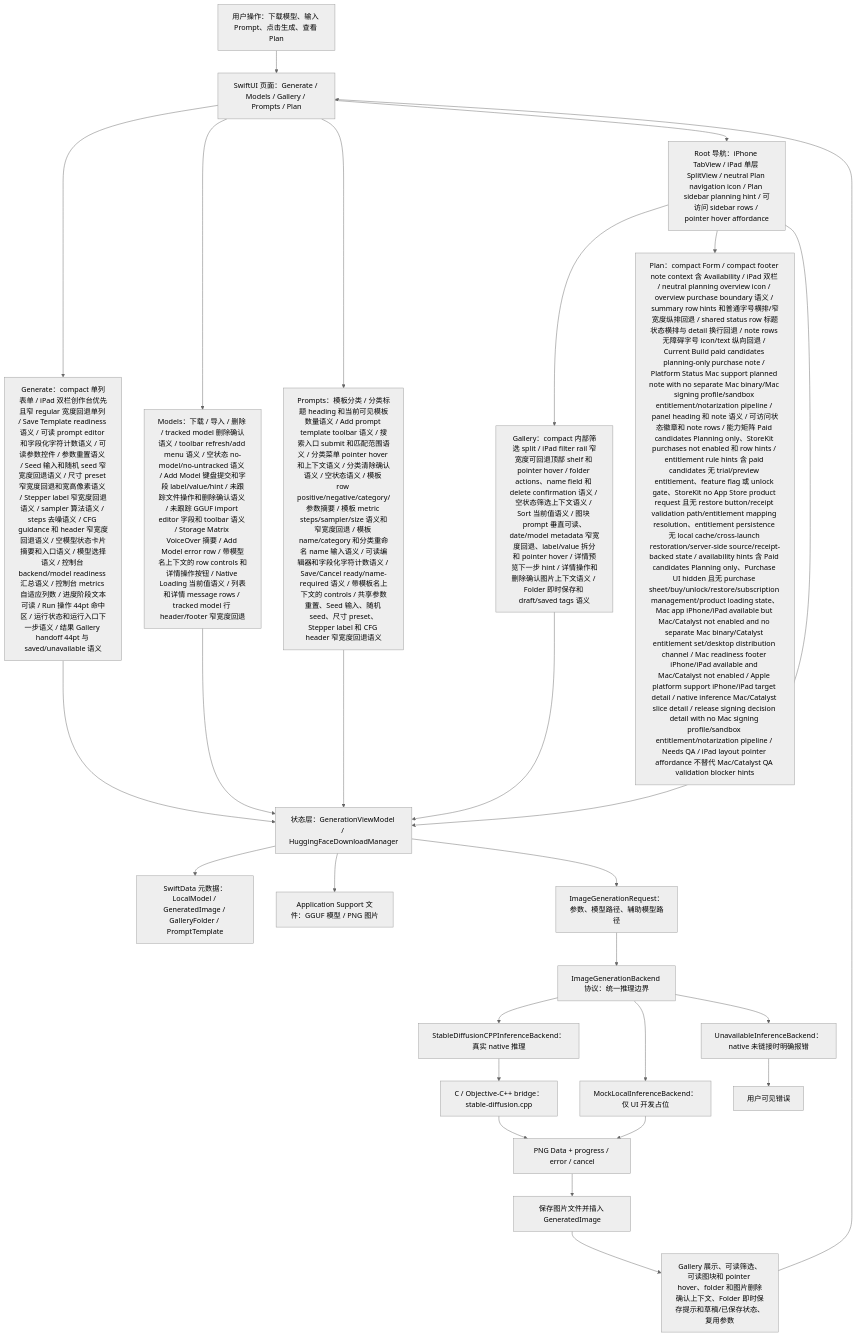
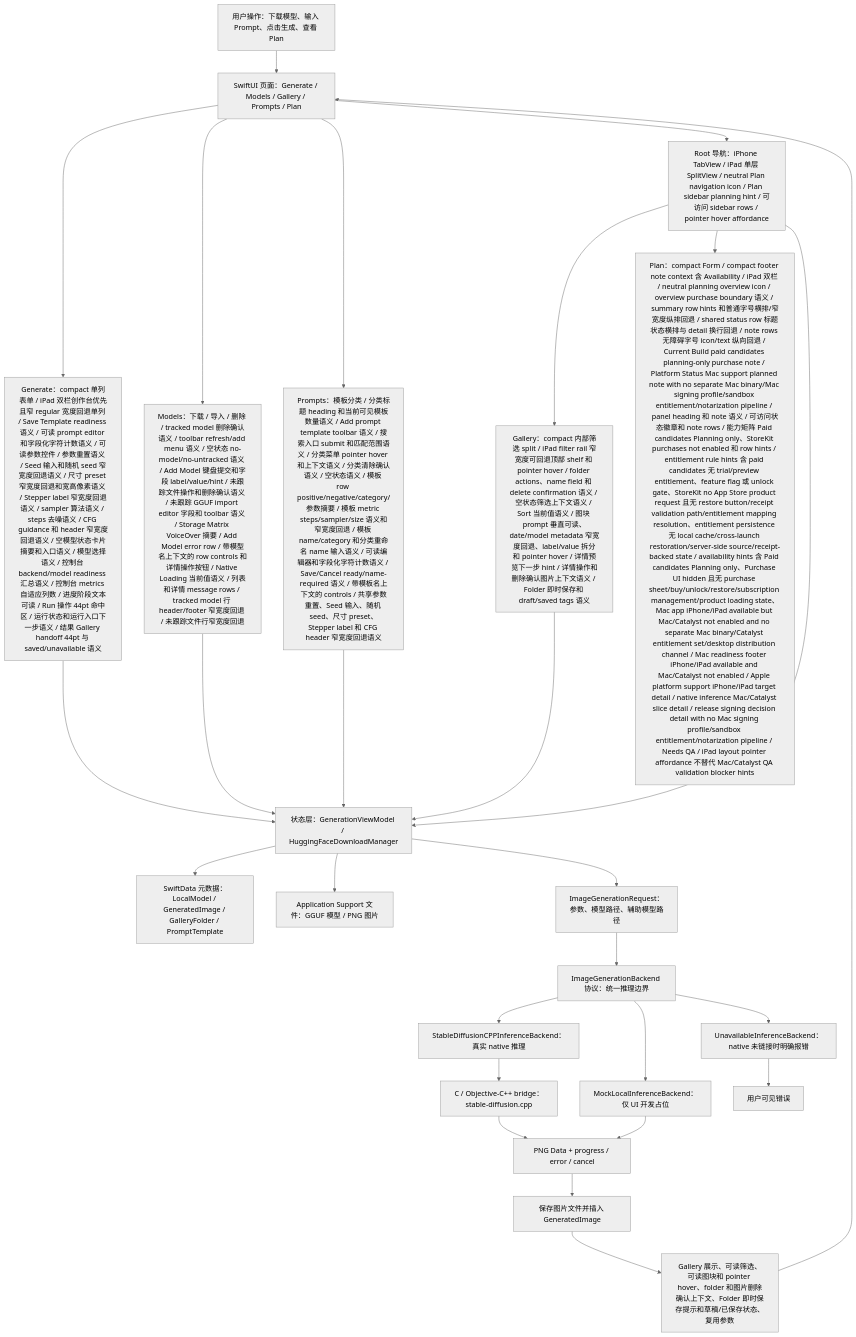
One commit to Altman-sam114/118 changed the first of 7 diagrams in md/flow/flowchart.md. Above: the diagram before and after it, drawn with Mermaid (neutral theme). The commit also changed 5 other files, not shown here.

First line of the commit message:
v1.138: Untracked model row fallback

````diff
--- a/md/flow/flowchart.md
+++ b/md/flow/flowchart.md
@@ -9,29 +9,29 @@
 ```mermaid
 flowchart TD
   U["用户操作：下载模型、输入 Prompt、点击生成、查看 Plan"] --> UI["SwiftUI 页面：Generate / Models / Gallery / Prompts / Plan"]
   UI --> GENUI["Generate：compact 单列表单 / iPad 双栏创作台优先且窄 regular 宽度回退单列 / Save Template readiness 语义 / 可读 prompt editor 和字段化字符计数语义 / 可读参数控件 / 参数重置语义 / Seed 输入和随机 seed 窄宽度回退语义 / 尺寸 preset 窄宽度回退和宽高像素语义 / Stepper label 窄宽度回退语义 / sampler 算法语义 / steps 去噪语义 / CFG guidance 和 header 窄宽度回退语义 / 空模型状态卡片摘要和入口语义 / 模型选择语义 / 控制台 backend/model readiness 汇总语义 / 控制台 metrics 自适应列数 / 进度阶段文本可读 / Run 操作 44pt 命中区 / 运行状态和运行入口下一步语义 / 结果 Gallery handoff 44pt 与 saved/unavailable 语义"]
-  UI --> MODELUI["Models：下载 / 导入 / 删除 / tracked model 删除确认语义 / toolbar refresh/add menu 语义 / 空状态 no-model/no-untracked 语义 / Add Model 键盘提交和字段 label/value/hint / 未跟踪文件操作和删除确认语义 / 未跟踪 GGUF import editor 字段和 toolbar 语义 / Storage Matrix VoiceOver 摘要 / Add Model error row / 带模型名上下文的 row controls 和详情操作按钮 / Native Loading 当前值语义 / 列表和详情 message rows / tracked model 行 header/footer 窄宽度回退"]
+  UI --> MODELUI["Models：下载 / 导入 / 删除 / tracked model 删除确认语义 / toolbar refresh/add menu 语义 / 空状态 no-model/no-untracked 语义 / Add Model 键盘提交和字段 label/value/hint / 未跟踪文件操作和删除确认语义 / 未跟踪 GGUF import editor 字段和 toolbar 语义 / Storage Matrix VoiceOver 摘要 / Add Model error row / 带模型名上下文的 row controls 和详情操作按钮 / Native Loading 当前值语义 / 列表和详情 message rows / tracked model 行 header/footer 窄宽度回退 / 未跟踪文件行窄宽度回退"]
   UI --> PROMPTUI["Prompts：模板分类 / 分类标题 heading 和当前可见模板数量语义 / Add prompt template toolbar 语义 / 搜索入口 submit 和匹配范围语义 / 分类菜单 pointer hover 和上下文语义 / 分类清除确认语义 / 空状态语义 / 模板 row positive/negative/category/参数摘要 / 模板 metric steps/sampler/size 语义和窄宽度回退 / 模板 name/category 和分类重命名 name 输入语义 / 可读编辑器和字段化字符计数语义 / Save/Cancel ready/name-required 语义 / 带模板名上下文的 controls / 共享参数重置、Seed 输入、随机 seed、尺寸 preset、Stepper label 和 CFG header 窄宽度回退语义"]
   UI --> NAV["Root 导航：iPhone TabView / iPad 单层 SplitView / neutral Plan navigation icon / Plan sidebar planning hint / 可访问 sidebar rows / pointer hover affordance"]
   NAV --> GALUI["Gallery：compact 内部筛选 split / iPad filter rail 窄宽度可回退顶部 shelf 和 pointer hover / folder actions、name field 和 delete confirmation 语义 / 空状态筛选上下文语义 / Sort 当前值语义 / 图块 prompt 垂直可读、date/model metadata 窄宽度回退、label/value 拆分和 pointer hover / 详情预览下一步 hint / 详情操作和删除确认图片上下文语义 / Folder 即时保存和 draft/saved tags 语义"]
   NAV --> PLANUI["Plan：compact Form / compact footer note context 含 Availability / iPad 双栏 / neutral planning overview icon / overview purchase boundary 语义 / summary row hints 和普通字号横排/窄宽度纵排回退 / shared status row 标题状态横排与 detail 换行回退 / note rows 无障碍字号 icon/text 纵向回退 / Current Build paid candidates planning-only purchase note / Platform Status Mac support planned note with no separate Mac binary/Mac signing profile/sandbox entitlement/notarization pipeline / panel heading 和 note 语义 / 可访问状态徽章和 note rows / 能力矩阵 Paid candidates Planning only、StoreKit purchases not enabled 和 row hints / entitlement rule hints 含 paid candidates 无 trial/preview entitlement、feature flag 或 unlock gate、StoreKit no App Store product request 且无 restore button/receipt validation path/entitlement mapping resolution、entitlement persistence 无 local cache/cross-launch restoration/server-side source/receipt-backed state / availability hints 含 Paid candidates Planning only、Purchase UI hidden 且无 purchase sheet/buy/unlock/restore/subscription management/product loading state、Mac app iPhone/iPad available but Mac/Catalyst not enabled and no separate Mac binary/Catalyst entitlement set/desktop distribution channel / Mac readiness footer iPhone/iPad available and Mac/Catalyst not enabled / Apple platform support iPhone/iPad target detail / native inference Mac/Catalyst slice detail / release signing decision detail with no Mac signing profile/sandbox entitlement/notarization pipeline / Needs QA / iPad layout pointer affordance 不替代 Mac/Catalyst QA validation blocker hints"]
   NAV --> VM["状态层：GenerationViewModel / HuggingFaceDownloadManager"]
   GENUI --> VM
   MODELUI --> VM
   PROMPTUI --> VM
   GALUI --> VM
   VM --> SD["SwiftData 元数据：LocalModel / GeneratedImage / GalleryFolder / PromptTemplate"]
   VM --> FS["Application Support 文件：GGUF 模型 / PNG 图片"]
   VM --> REQ["ImageGenerationRequest：参数、模型路径、辅助模型路径"]
   REQ --> IFACE["ImageGenerationBackend 协议：统一推理边界"]
   IFACE --> NATIVE["StableDiffusionCPPInferenceBackend：真实 native 推理"]
   IFACE --> MOCK["MockLocalInferenceBackend：仅 UI 开发占位"]
   IFACE --> OFF["UnavailableInferenceBackend：native 未链接时明确报错"]
   NATIVE --> BRIDGE["C / Objective-C++ bridge：stable-diffusion.cpp"]
   BRIDGE --> PNG["PNG Data + progress / error / cancel"]
   MOCK --> PNG
   OFF --> ERR["用户可见错误"]
   PNG --> SAVE["保存图片文件并插入 GeneratedImage"]
   SAVE --> GALLERY["Gallery 展示、可读筛选、可读图块和 pointer hover、folder 和图片删除确认上下文、Folder 即时保存提示和草稿/已保存状态、复用参数"]
   GALLERY --> UI
 ```
````
